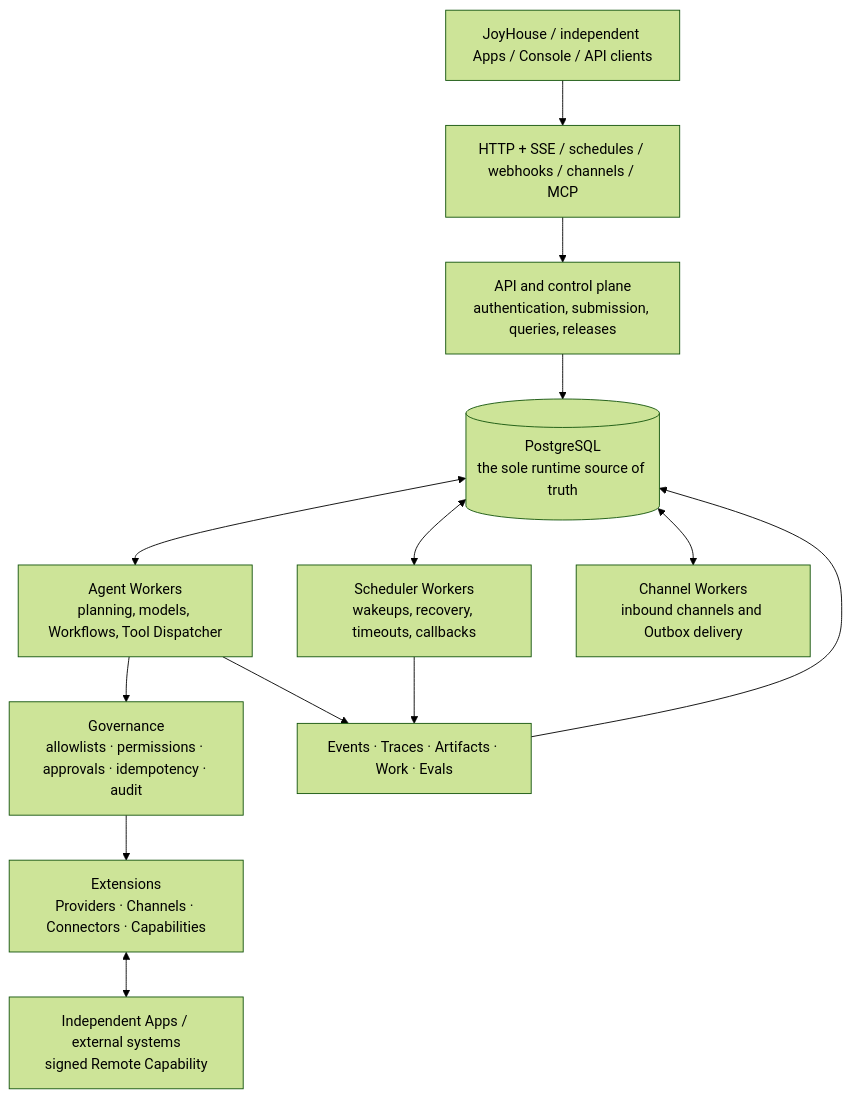
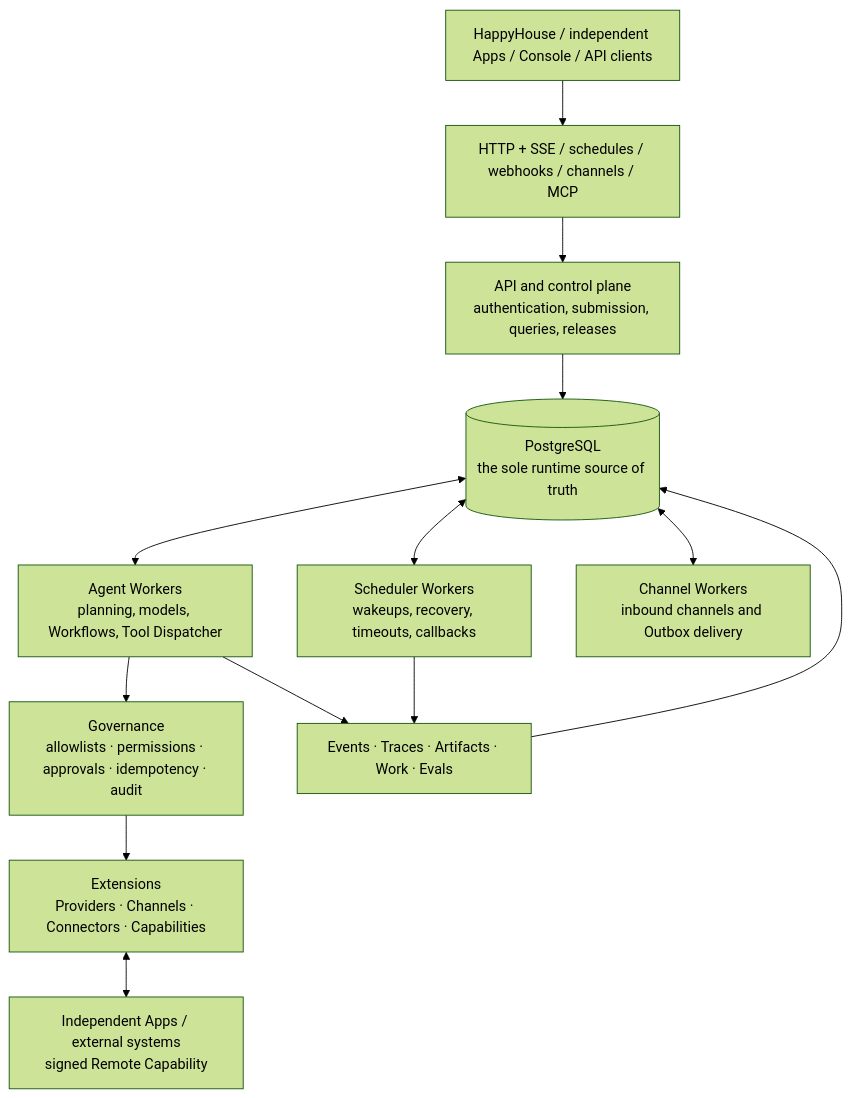
The diagram in README_EN.md (JoyHouseLabs/joyhousebot), drawn with Mermaid (forest theme) before and after one commit. The commit also changed other lines of this file and 1374 other files, not shown here.

````diff
--- a/README_EN.md
+++ b/README_EN.md
@@ -34,24 +34,24 @@
 ```mermaid
 flowchart TB
-    CLIENTS[JoyHouse / independent Apps / Console / API clients]
+    CLIENTS[HappyHouse / independent Apps / Console / API clients]
     ENTRY[HTTP + SSE / schedules / webhooks / channels / MCP]
     API[API and control plane\nauthentication, submission, queries, releases]
     PG[(PostgreSQL\nthe sole runtime source of truth)]
     AGENT[Agent Workers\nplanning, models, Workflows, Tool Dispatcher]
     SCHEDULER[Scheduler Workers\nwakeups, recovery, timeouts, callbacks]
     CHANNEL[Channel Workers\ninbound channels and Outbox delivery]
     GOVERN[Governance\nallowlists · permissions · approvals · idempotency · audit]
     EXT[Extensions\nProviders · Channels · Connectors · Capabilities]
     APP[Independent Apps / external systems\nsigned Remote Capability]
     OUTPUT[Events · Traces · Artifacts · Work · Evals]
 
     CLIENTS --> ENTRY --> API --> PG
     PG <--> AGENT
     PG <--> SCHEDULER
     PG <--> CHANNEL
     AGENT --> GOVERN --> EXT
     EXT <--> APP
     AGENT --> OUTPUT
     SCHEDULER --> OUTPUT
     OUTPUT --> PG
 ```
````
